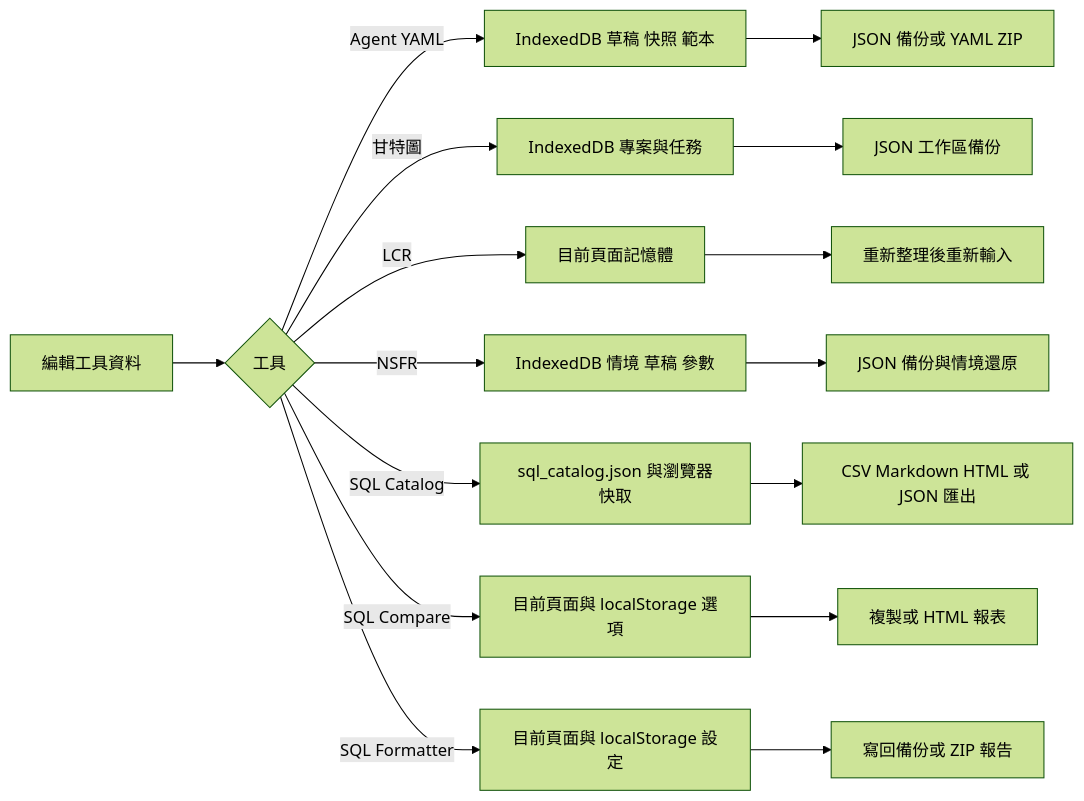
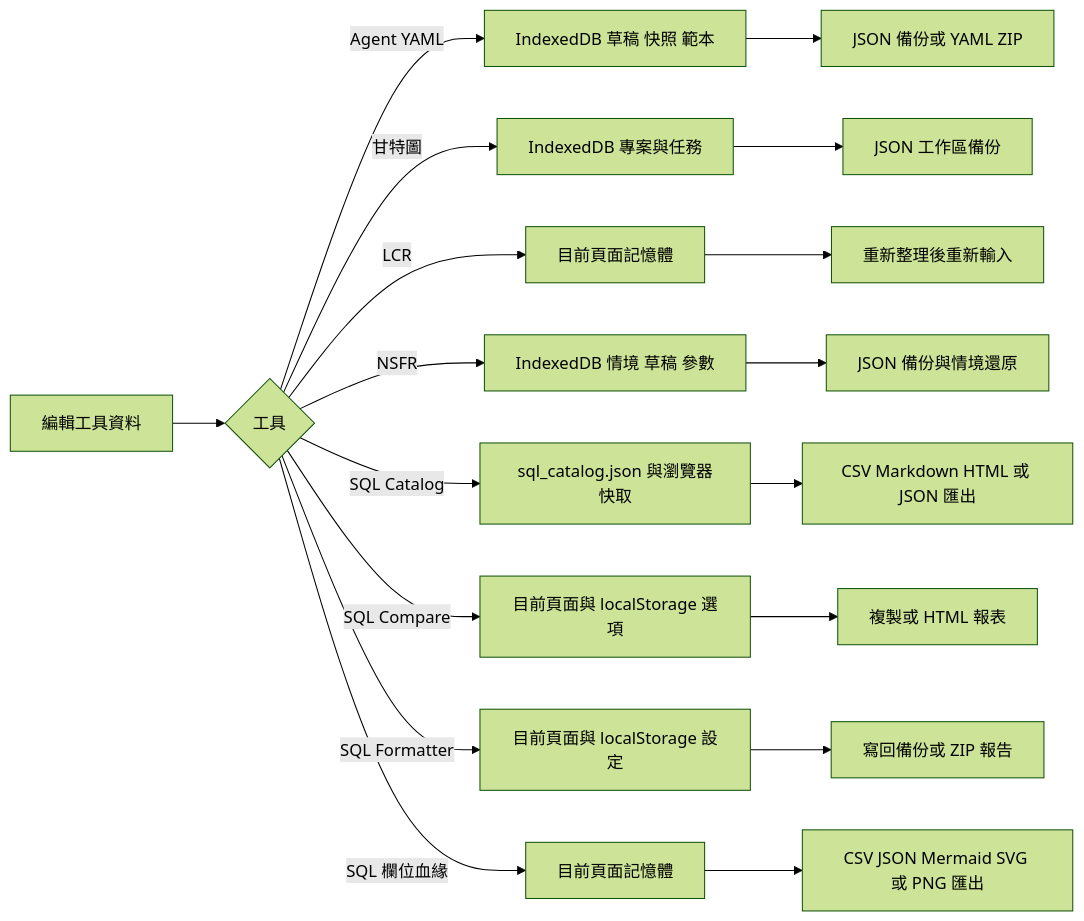
The tenth of 10 diagrams in README.md (DunkLiao/my-spa-tools), drawn with Mermaid (forest theme) before and after one commit. The commit also changed other lines of this file and 1 other file, not shown here.

````diff
--- a/README.md
+++ b/README.md
@@ -364,18 +408,20 @@
 ```mermaid
 flowchart LR
     A[編輯工具資料] --> B{工具}
     B -->|Agent YAML| C[IndexedDB 草稿 快照 範本]
     B -->|甘特圖| D[IndexedDB 專案與任務]
     B -->|LCR| E[目前頁面記憶體]
     B -->|NSFR| K[IndexedDB 情境 草稿 參數]
     B -->|SQL Catalog| I[sql_catalog.json 與瀏覽器快取]
     B -->|SQL Compare| M[目前頁面與 localStorage 選項]
     B -->|SQL Formatter| N[目前頁面與 localStorage 設定]
+    B -->|SQL 欄位血緣| R[目前頁面記憶體]
     C --> F[JSON 備份或 YAML ZIP]
     D --> G[JSON 工作區備份]
     E --> H[重新整理後重新輸入]
     K --> L[JSON 備份與情境還原]
     I --> J[CSV Markdown HTML 或 JSON 匯出]
     M --> O[複製或 HTML 報表]
     N --> P[寫回備份或 ZIP 報告]
+    R --> S[CSV JSON Mermaid SVG 或 PNG 匯出]
 ```
````
